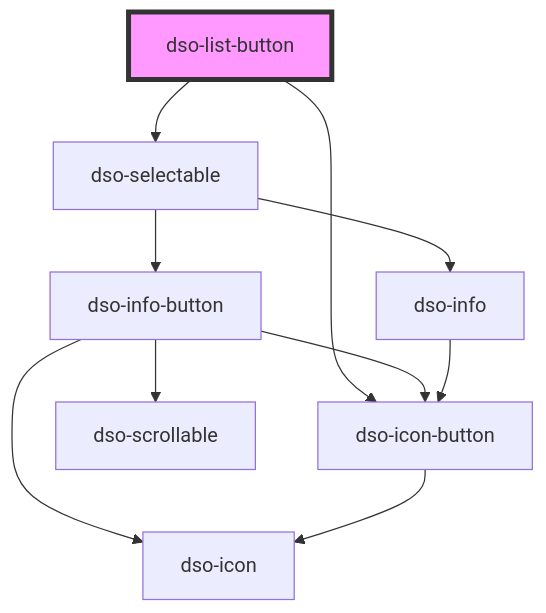
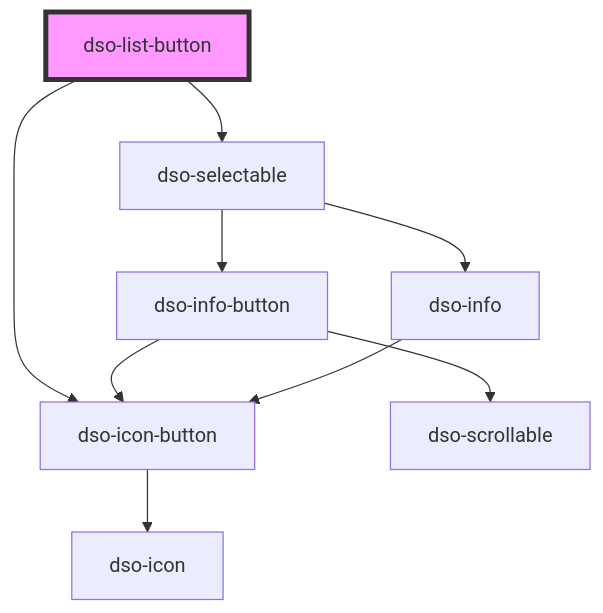
One commit to dso-toolkit/dso-toolkit changed the diagram in packages/core/src/components/list-button/readme.md. Above: the diagram before and after it, drawn with Mermaid. The commit also changed 39 other files, not shown here.

First line of the commit message:
#3350 [Removed] Info Button: secondary verwijderen

````diff
--- a/packages/core/src/components/list-button/readme.md
+++ b/packages/core/src/components/list-button/readme.md
@@ -38,13 +38,12 @@
 ```mermaid
 graph TD;
   dso-list-button --> dso-selectable
   dso-list-button --> dso-icon-button
   dso-selectable --> dso-info-button
   dso-selectable --> dso-info
   dso-info-button --> dso-icon-button
-  dso-info-button --> dso-icon
   dso-info-button --> dso-scrollable
   dso-icon-button --> dso-icon
   dso-info --> dso-icon-button
   style dso-list-button fill:#f9f,stroke:#333,stroke-width:4px
 ```
````
